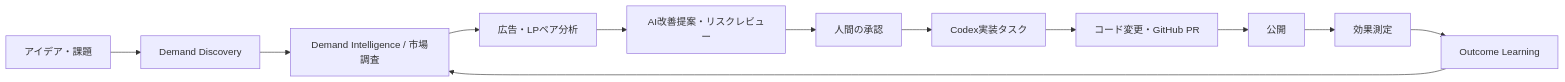
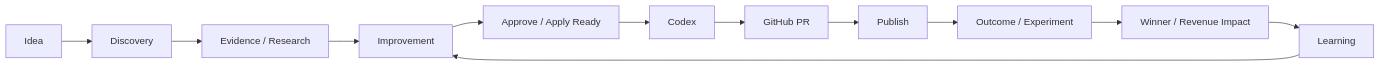
The second of 2 diagrams in docs/adflow-ai-product-overview-ja.md (uthuyomi/adflow-ai), drawn with Mermaid before and after one commit. The commit also changed other lines of this file and 146 other files, not shown here.

````diff
--- a/docs/adflow-ai-product-overview-ja.md
+++ b/docs/adflow-ai-product-overview-ja.md
@@ -783,14 +108,14 @@
 ```mermaid
 flowchart LR
-    A[アイデア・課題] --> B[Demand Discovery]
-    B --> C[Demand Intelligence / 市場調査]
-    C --> D[広告・LPペア分析]
-    D --> E[AI改善提案・リスクレビュー]
-    E --> F[人間の承認]
-    F --> G[Codex実装タスク]
-    G --> H[コード変更・GitHub PR]
-    H --> I[公開]
-    I --> J[効果測定]
-    J --> K[Outcome Learning]
-    K --> C
+    A[Idea] --> B[Discovery]
+    B --> C[Evidence / Research]
+    C --> D[Improvement]
+    D --> E[Approve / Apply Ready]
+    E --> F[Codex]
+    F --> G[GitHub PR]
+    G --> H[Publish]
+    H --> I[Outcome / Experiment]
+    I --> J[Winner / Revenue Impact]
+    J --> K[Learning]
+    K --> D
 ```
````
